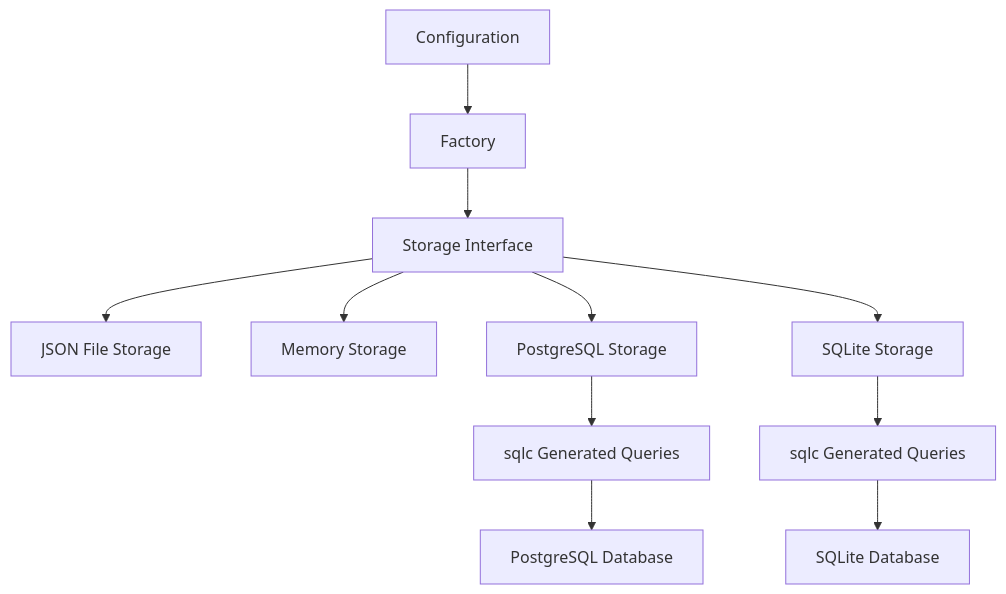
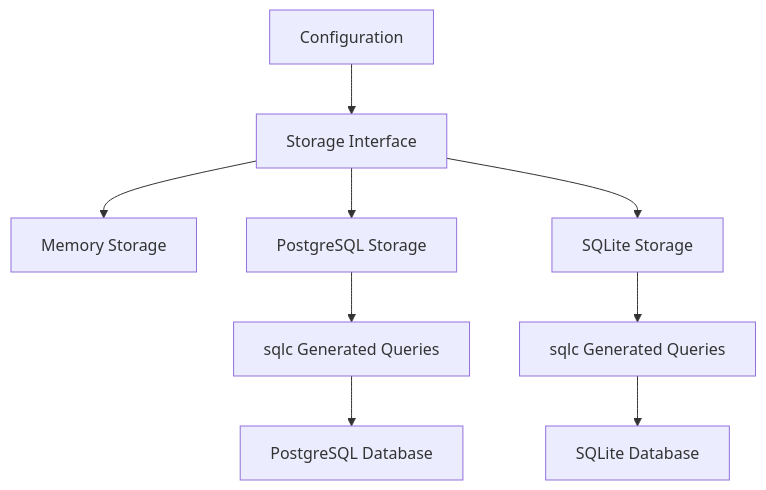
The first of 3 diagrams in docs/storage.md (griffinskudder/updater), drawn with Mermaid before and after one commit. The commit also changed other lines of this file and 77 other files, not shown here.

First line of the commit message:
refactor: architecture cleanup - remove dead code, add metrics (#26)

````diff
--- a/docs/storage.md
+++ b/docs/storage.md
@@ -7,13 +7,11 @@
 ```mermaid
 graph TD
-    A[Storage Interface] --> B[JSON File Storage]
-    A --> C[Memory Storage]
+    A[Storage Interface] --> C[Memory Storage]
     A --> D[PostgreSQL Storage]
     A --> E[SQLite Storage]
-    F[Factory] --> A
-    G[Configuration] --> F
+    G[Configuration] --> A
     D --> H[sqlc Generated Queries]
     E --> I[sqlc Generated Queries]
     H --> J[PostgreSQL Database]
     I --> K[SQLite Database]
 ```
````
